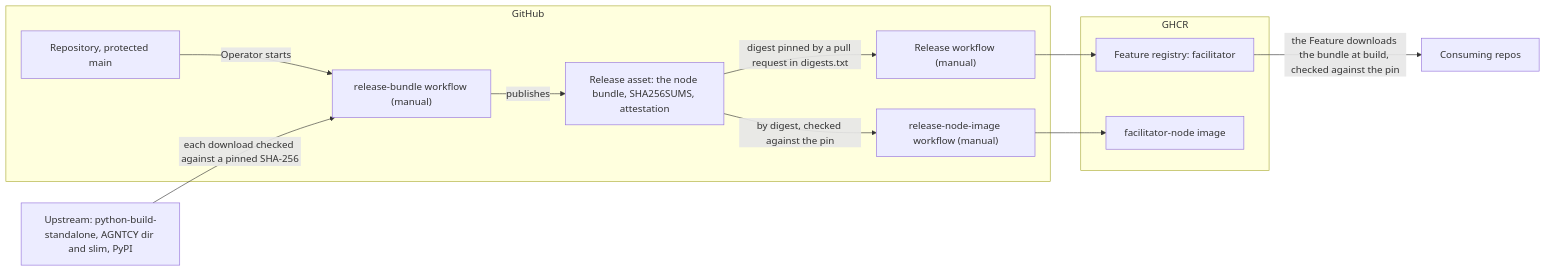
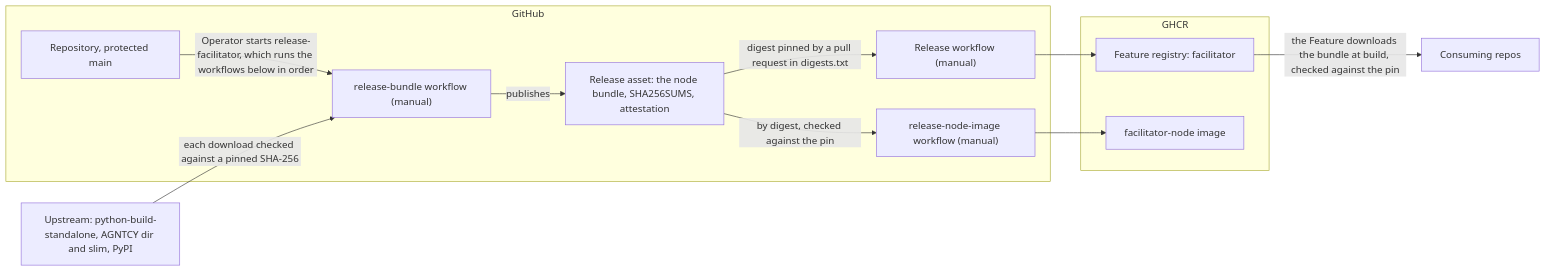
Before and after one commit to nabil-becker/devcontainer-features: diagram 11 of 13 in docs/architecture/data-flows.md, drawn with Mermaid. The commit also changed 13 other files, not shown here.

First line of the commit message:
ci(facilitator): one release workflow from bundle to image (facilitator-release-one-workflow) (#250)

````diff
--- a/docs/architecture/data-flows.md
+++ b/docs/architecture/data-flows.md
@@ -374,23 +374,23 @@
 ```mermaid
 flowchart LR
   subgraph external-zone-gh["GitHub"]
     external-github["Repository, protected main"]
     external-release-bundle["release-bundle workflow (manual)"]
     external-release-asset["Release asset: the node bundle, SHA256SUMS, attestation"]
     release["Release workflow (manual)"]
     external-release-node-image["release-node-image workflow (manual)"]
   end
   subgraph external-zone-reg["GHCR"]
     feature-registry["Feature registry: facilitator"]
     external-node-image["facilitator-node image"]
   end
   external-upstream["Upstream: python-build-standalone, AGNTCY dir and slim, PyPI"]
-  external-github -->|Operator starts| external-release-bundle
+  external-github -->|Operator starts release-facilitator, which runs the workflows below in order| external-release-bundle
   external-upstream -->|each download checked against a pinned SHA-256| external-release-bundle
   external-release-bundle -->|publishes| external-release-asset
   external-release-asset -->|digest pinned by a pull request in digests.txt| release
   release --> feature-registry
   external-release-asset -->|by digest, checked against the pin| external-release-node-image
   external-release-node-image --> external-node-image
   feature-registry -->|the Feature downloads the bundle at build, checked against the pin| consuming-repo["Consuming repos"]
 ```
````
